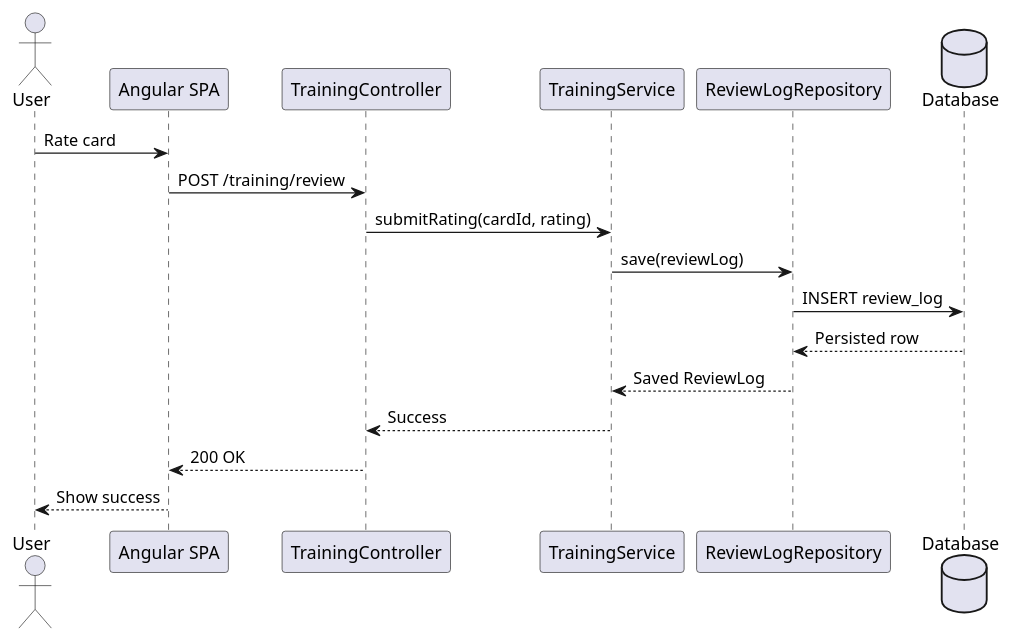
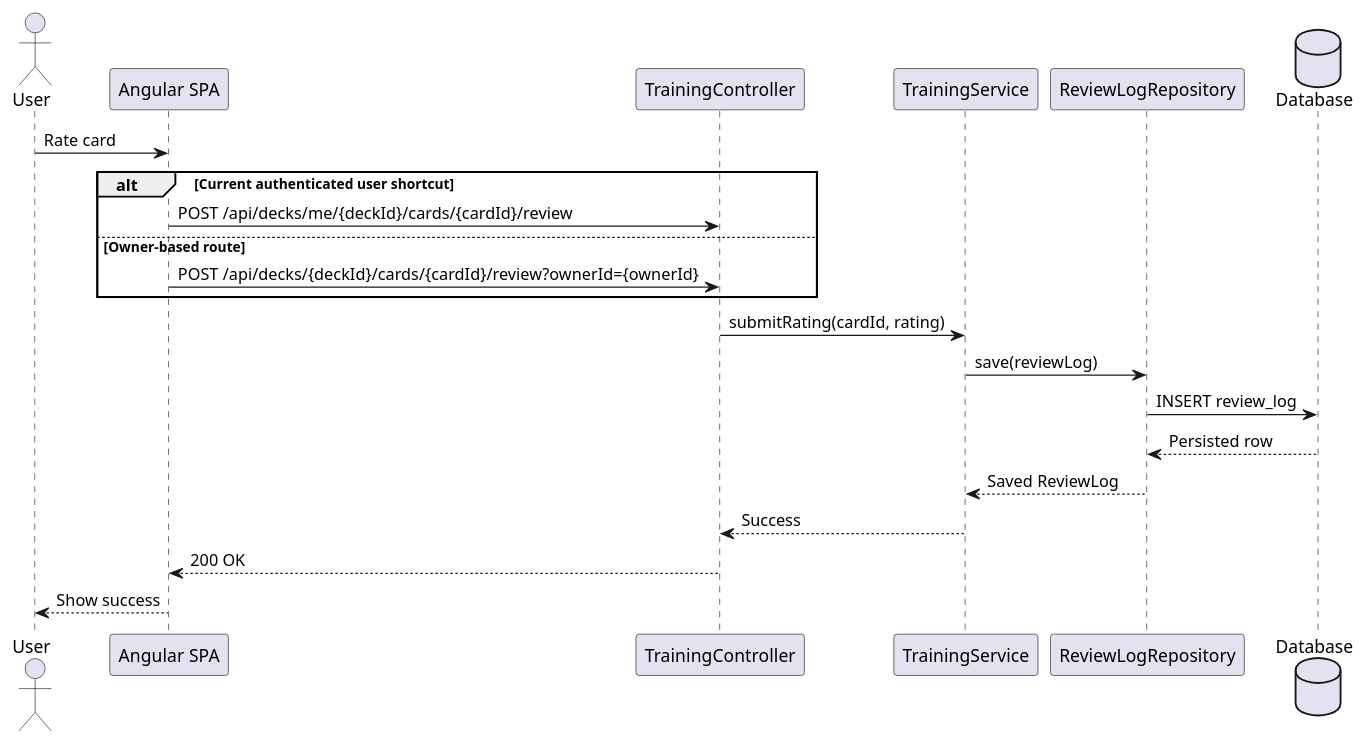
One commit to savychev/intec-ep-linguacards changed the diagram in docs/uml/sequence/training-review-sequence.puml. Above: the diagram before and after it, drawn with PlantUML. The commit also changed 2 other files, not shown here.

Commit message:
docs: align API analysis and sequences with current routes

```diff
--- a/docs/uml/sequence/training-review-sequence.puml
+++ b/docs/uml/sequence/training-review-sequence.puml
@@ -1,20 +1,24 @@
 @startuml
 actor User
 participant "Angular SPA" as Angular
 participant "TrainingController" as TrainingController
 participant "TrainingService" as TrainingService
 participant "ReviewLogRepository" as ReviewLogRepository
 database "Database" as Database
 
 User -> Angular: Rate card
-Angular -> TrainingController: POST /training/review
+alt Current authenticated user shortcut
+  Angular -> TrainingController: POST /api/decks/me/{deckId}/cards/{cardId}/review
+else Owner-based route
+  Angular -> TrainingController: POST /api/decks/{deckId}/cards/{cardId}/review?ownerId={ownerId}
+end
 TrainingController -> TrainingService: submitRating(cardId, rating)
 TrainingService -> ReviewLogRepository: save(reviewLog)
 ReviewLogRepository -> Database: INSERT review_log
 Database --> ReviewLogRepository: Persisted row
 ReviewLogRepository --> TrainingService: Saved ReviewLog
 TrainingService --> TrainingController: Success
 TrainingController --> Angular: 200 OK
 Angular --> User: Show success
 
 @enduml
```
